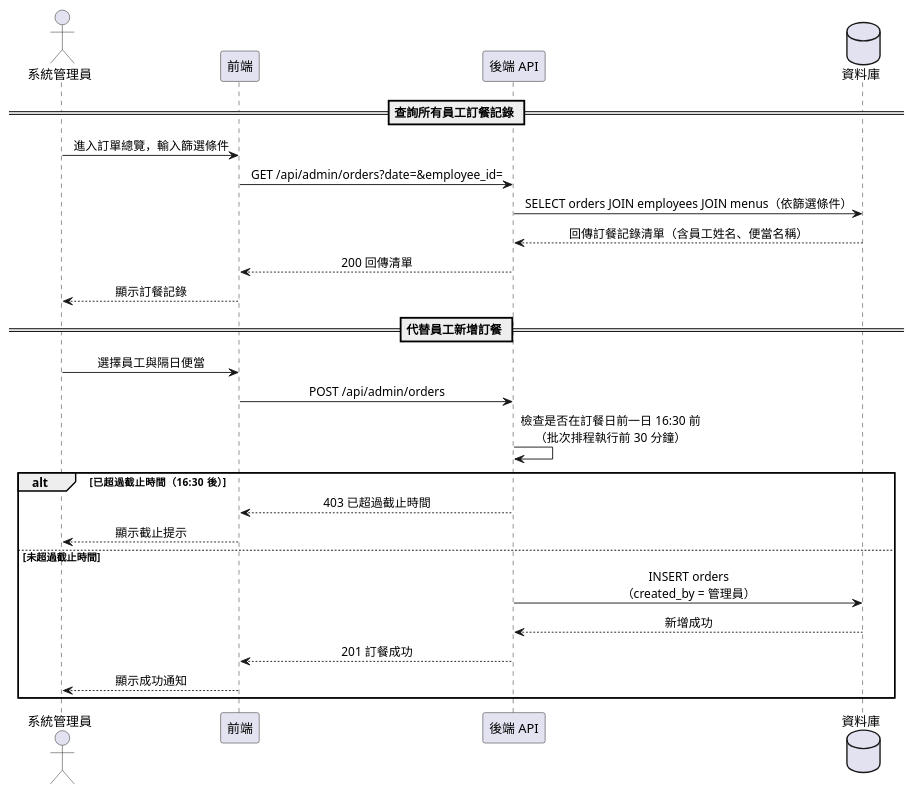
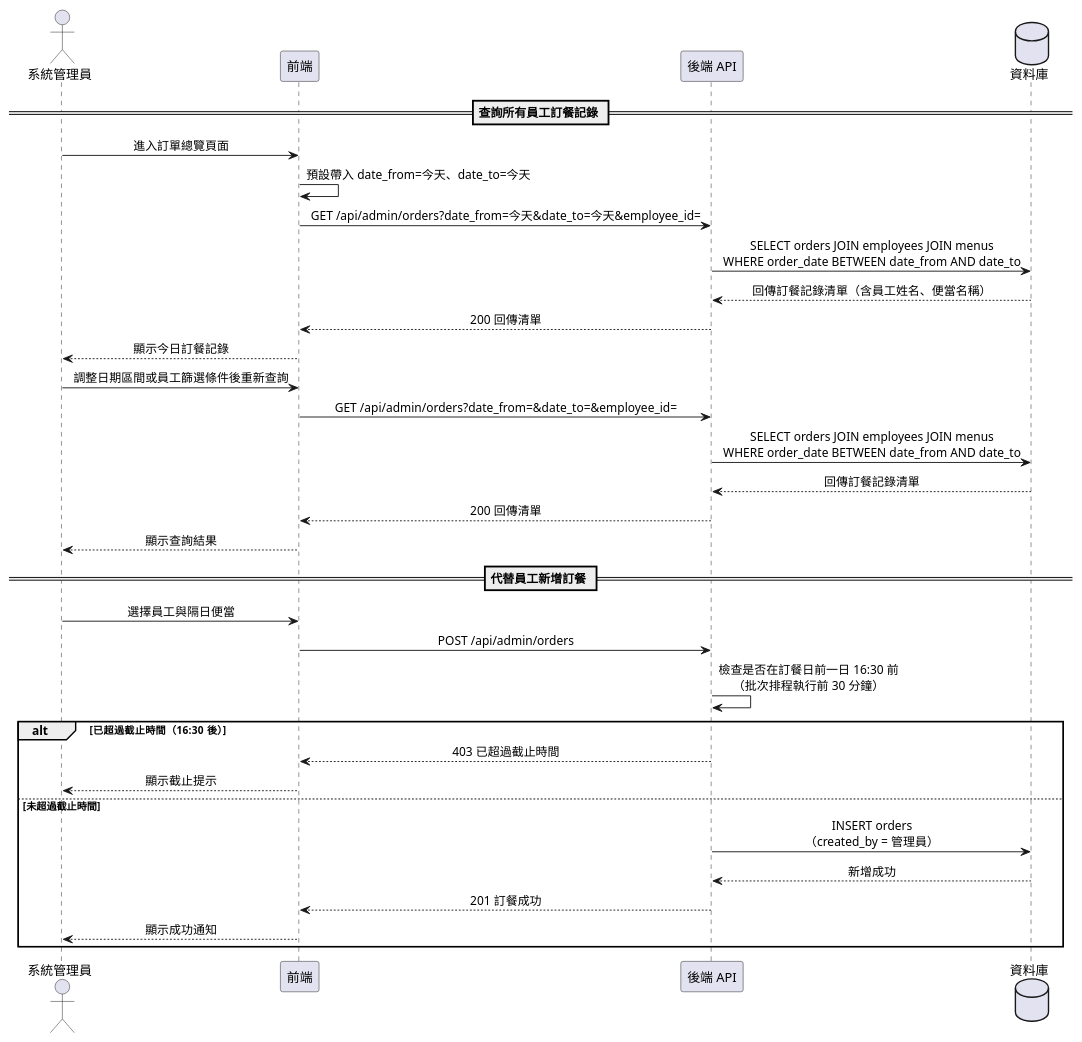
One commit to teyhawzhe/bento-uml changed the diagram in output/A006/A006-sequence.puml. Above: the diagram before and after it, drawn with PlantUML. The commit also changed 2 other files, not shown here.

```diff
--- a/output/A006/A006-sequence.puml
+++ b/output/A006/A006-sequence.puml
@@ -1,30 +1,38 @@
 @startuml A006-sequence
 skinparam sequenceMessageAlign center
 
 actor "系統管理員" as Admin
 participant "前端" as Frontend
 participant "後端 API" as API
 database "資料庫" as DB
 
 == 查詢所有員工訂餐記錄 ==
-Admin -> Frontend : 進入訂單總覽，輸入篩選條件
-Frontend -> API : GET /api/admin/orders?date=&employee_id=
-API -> DB : SELECT orders JOIN employees JOIN menus（依篩選條件）
+Admin -> Frontend : 進入訂單總覽頁面
+Frontend -> Frontend : 預設帶入 date_from=今天、date_to=今天
+Frontend -> API : GET /api/admin/orders?date_from=今天&date_to=今天&employee_id=
+API -> DB : SELECT orders JOIN employees JOIN menus\nWHERE order_date BETWEEN date_from AND date_to
 DB --> API : 回傳訂餐記錄清單（含員工姓名、便當名稱）
 API --> Frontend : 200 回傳清單
-Frontend --> Admin : 顯示訂餐記錄
+Frontend --> Admin : 顯示今日訂餐記錄
+
+Admin -> Frontend : 調整日期區間或員工篩選條件後重新查詢
+Frontend -> API : GET /api/admin/orders?date_from=&date_to=&employee_id=
+API -> DB : SELECT orders JOIN employees JOIN menus\nWHERE order_date BETWEEN date_from AND date_to
+DB --> API : 回傳訂餐記錄清單
+API --> Frontend : 200 回傳清單
+Frontend --> Admin : 顯示查詢結果
 
 == 代替員工新增訂餐 ==
 Admin -> Frontend : 選擇員工與隔日便當
 Frontend -> API : POST /api/admin/orders
 API -> API : 檢查是否在訂餐日前一日 16:30 前\n（批次排程執行前 30 分鐘）
 alt 已超過截止時間（16:30 後）
     API --> Frontend : 403 已超過截止時間
     Frontend --> Admin : 顯示截止提示
 else 未超過截止時間
     API -> DB : INSERT orders\n（created_by = 管理員）
     DB --> API : 新增成功
     API --> Frontend : 201 訂餐成功
     Frontend --> Admin : 顯示成功通知
 end
 @enduml
```
